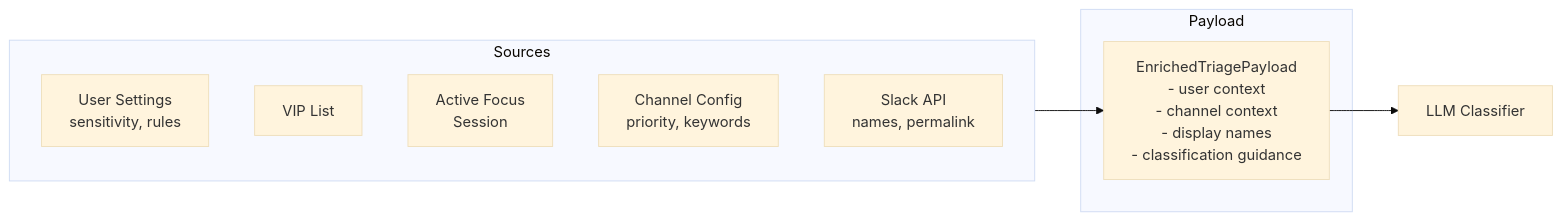
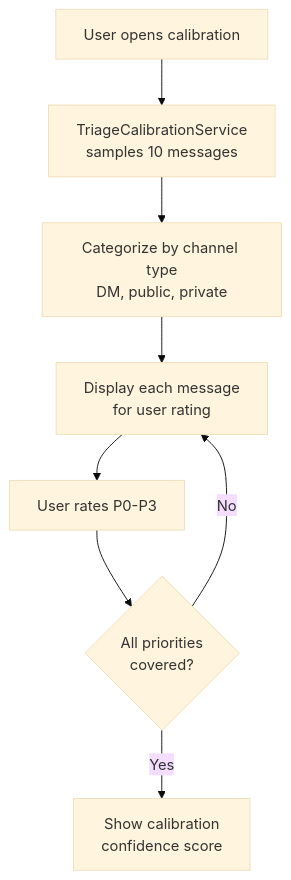
Before and after one commit to tekkno89/alfred-pa: the seventh of 7 diagrams in .claude/diagrams/triage-flow.md, drawn with Mermaid (base theme). The commit also changed other lines of this file and 2 other files, not shown here.

First line of the commit message:
docs: update triage docs for P0-P3 system and fix sandbox image build

````diff
--- a/.claude/diagrams/triage-flow.md
+++ b/.claude/diagrams/triage-flow.md
@@ -110,15 +204,10 @@
 ```mermaid
-flowchart LR
-    subgraph Sources
-        SETTINGS[User Settings<br/>sensitivity, rules]
-        VIP[VIP List]
-        FOCUS[Active Focus<br/>Session]
-        CHAN[Channel Config<br/>priority, keywords]
-        SLACK[Slack API<br/>names, permalink]
-    end
-    subgraph Payload
-        EP[EnrichedTriagePayload<br/>- user context<br/>- channel context<br/>- display names<br/>- classification guidance]
-    end
-    Sources --> EP
-    EP --> LLM[LLM Classifier]
+flowchart TD
+    START[User opens calibration] --> SAMPLE[TriageCalibrationService<br/>samples 10 messages]
+    SAMPLE --> CATEG[Categorize by channel type<br/>DM, public, private]
+    CATEG --> DISPLAY[Display each message<br/>for user rating]
+    DISPLAY --> RATE[User rates P0-P3]
+    RATE --> COVERAGE{All priorities<br/>covered?}
+    COVERAGE -->|No| DISPLAY
+    COVERAGE -->|Yes| FEEDBACK[Show calibration<br/>confidence score]
 ```
````
